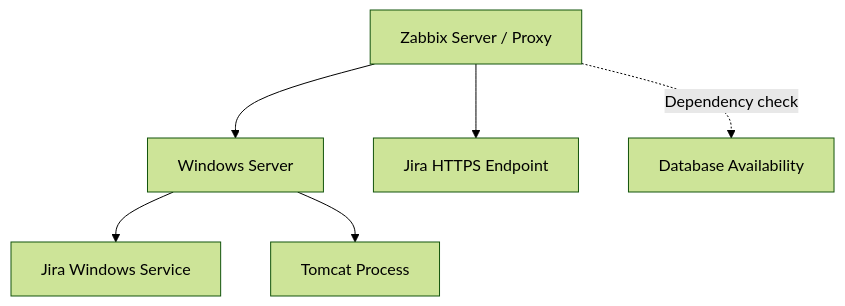
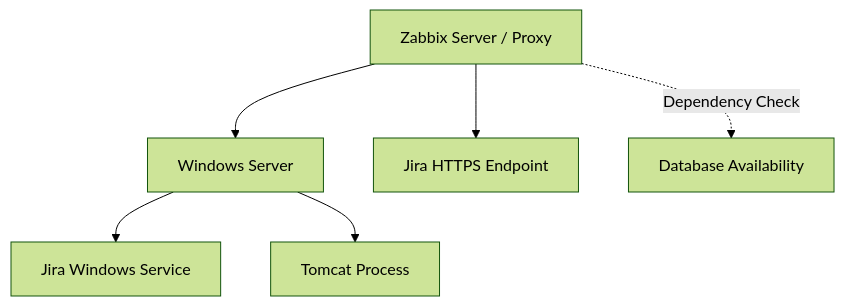
One commit to elahegivi/enterprise-infrastructure-monitoring changed the first of 2 diagrams in docs/jira-zabbix-configuration.md. Above: the diagram before and after it, drawn with Mermaid (forest theme). The commit also changed other lines of this file, not shown here.

````diff
--- a/docs/jira-zabbix-configuration.md
+++ b/docs/jira-zabbix-configuration.md
@@ -12,15 +14,15 @@
 ```mermaid
 flowchart TD
     Z["Zabbix Server / Proxy"]
     W["Windows Server"]
     J["Jira Windows Service"]
     T["Tomcat Process"]
     H["Jira HTTPS Endpoint"]
     DB["Database Availability"]
 
     Z --> W
     Z --> H
     W --> J
     W --> T
-    Z -. "Dependency check" .-> DB
+    Z -. "Dependency Check" .-> DB
 ```
````
